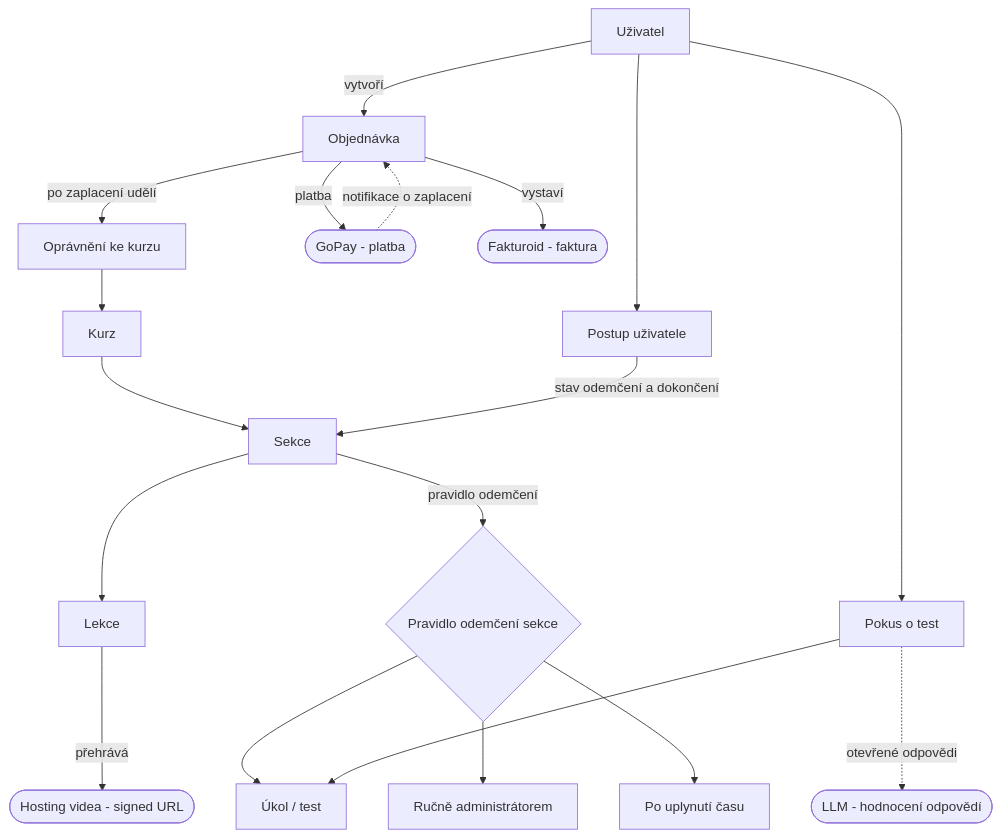
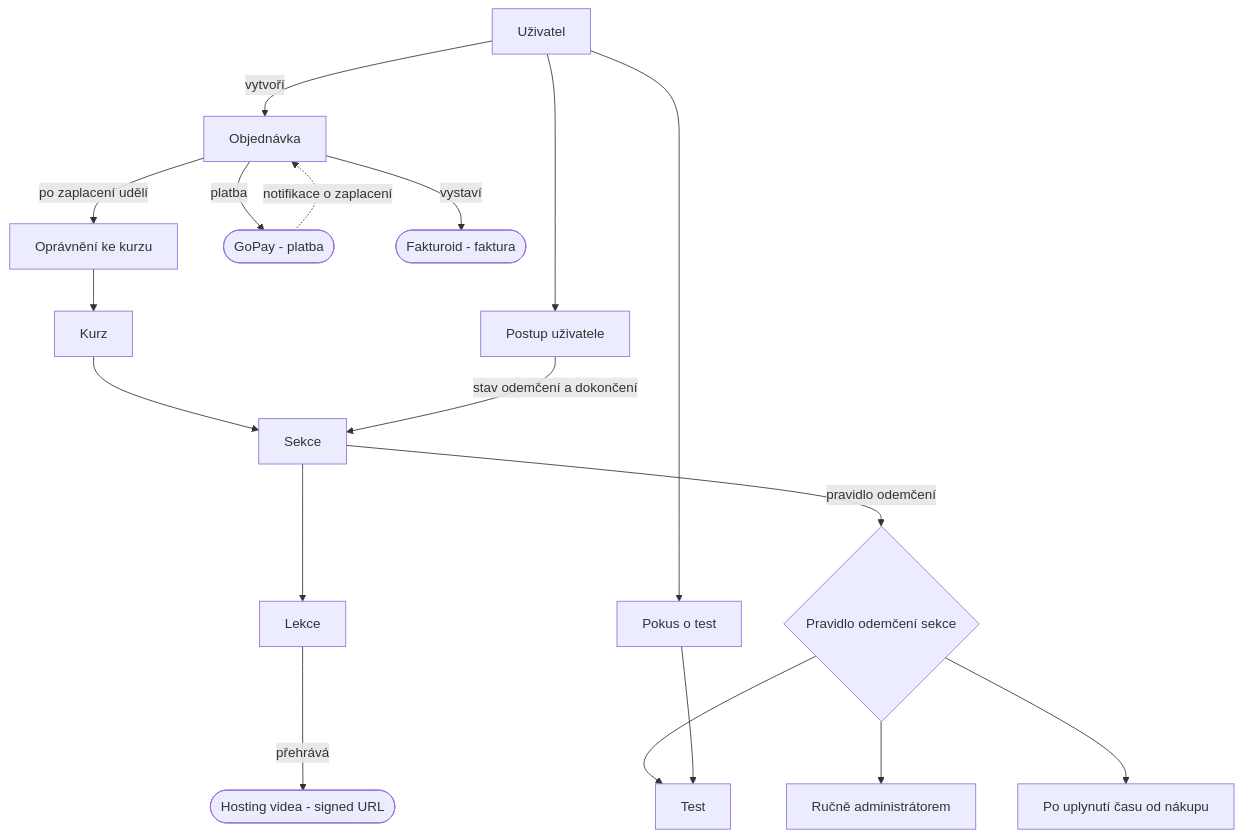
One commit to lttr/jedlik-nejedlik changed the diagram in .aiwork/2026-06-09_kurzy-platforma/prd.md. Above: the diagram before and after it, drawn with Mermaid. The commit also changed other lines of this file and 1 other file, not shown here.

````diff
--- a/.aiwork/2026-06-09_kurzy-platforma/prd.md
+++ b/.aiwork/2026-06-09_kurzy-platforma/prd.md
@@ -194,38 +205,36 @@
 ```mermaid
 graph TD
     U[Uživatel]
     O[Objednávka]
     E[Oprávnění ke kurzu]
     K[Kurz]
     S[Sekce]
     L[Lekce]
     P[Postup uživatele]
     T[Pokus o test]
 
     GP([GoPay - platba])
     FA([Fakturoid - faktura])
     VID([Hosting videa - signed URL])
-    LLM([LLM - hodnocení odpovědí])
 
     U -->|vytvoří| O
     O -->|platba| GP
     GP -.->|notifikace o zaplacení| O
     O -->|po zaplacení udělí| E
     O -->|vystaví| FA
     E --> K
     K --> S
     S --> L
     L -->|přehrává| VID
 
     U --> P
     P -->|stav odemčení a dokončení| S
 
     S -->|pravidlo odemčení| R{Pravidlo odemčení sekce}
-    R --> R1[Úkol / test]
+    R --> R1[Test]
     R --> R2[Ručně administrátorem]
-    R --> R3[Po uplynutí času]
+    R --> R3[Po uplynutí času od nákupu]
 
     U --> T
     T --> R1
-    T -.->|otevřené odpovědi| LLM
 ```
````
